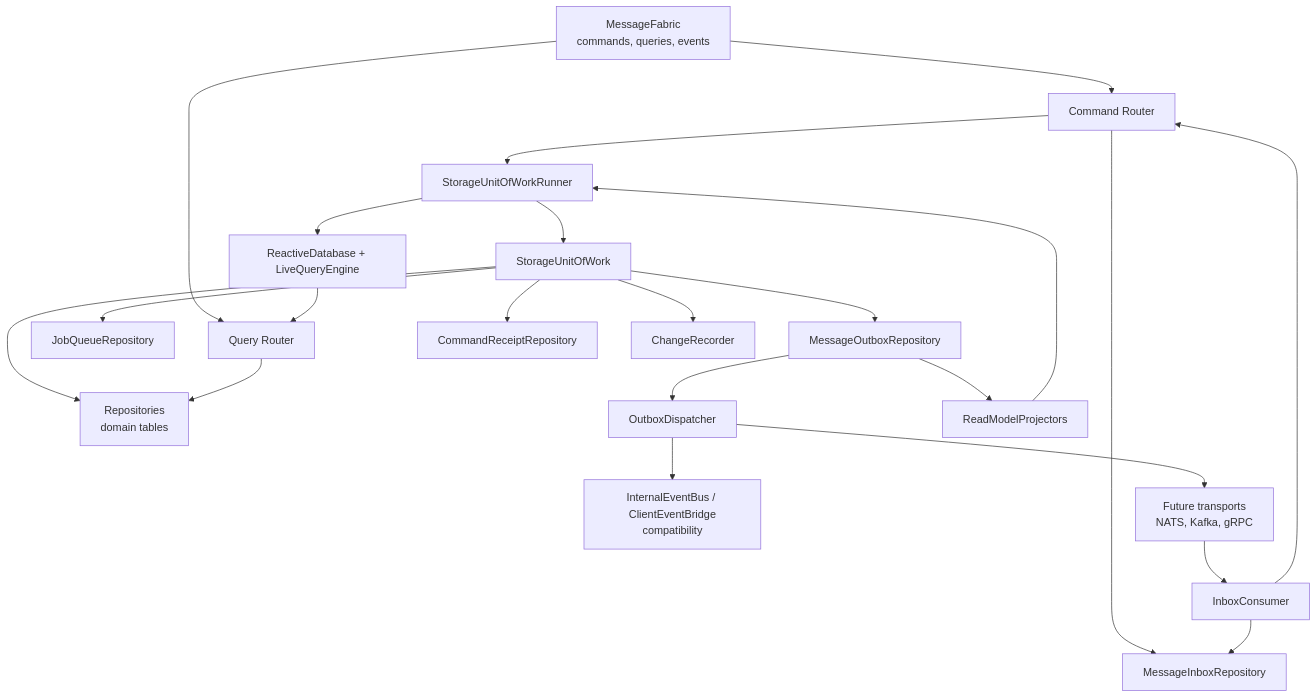
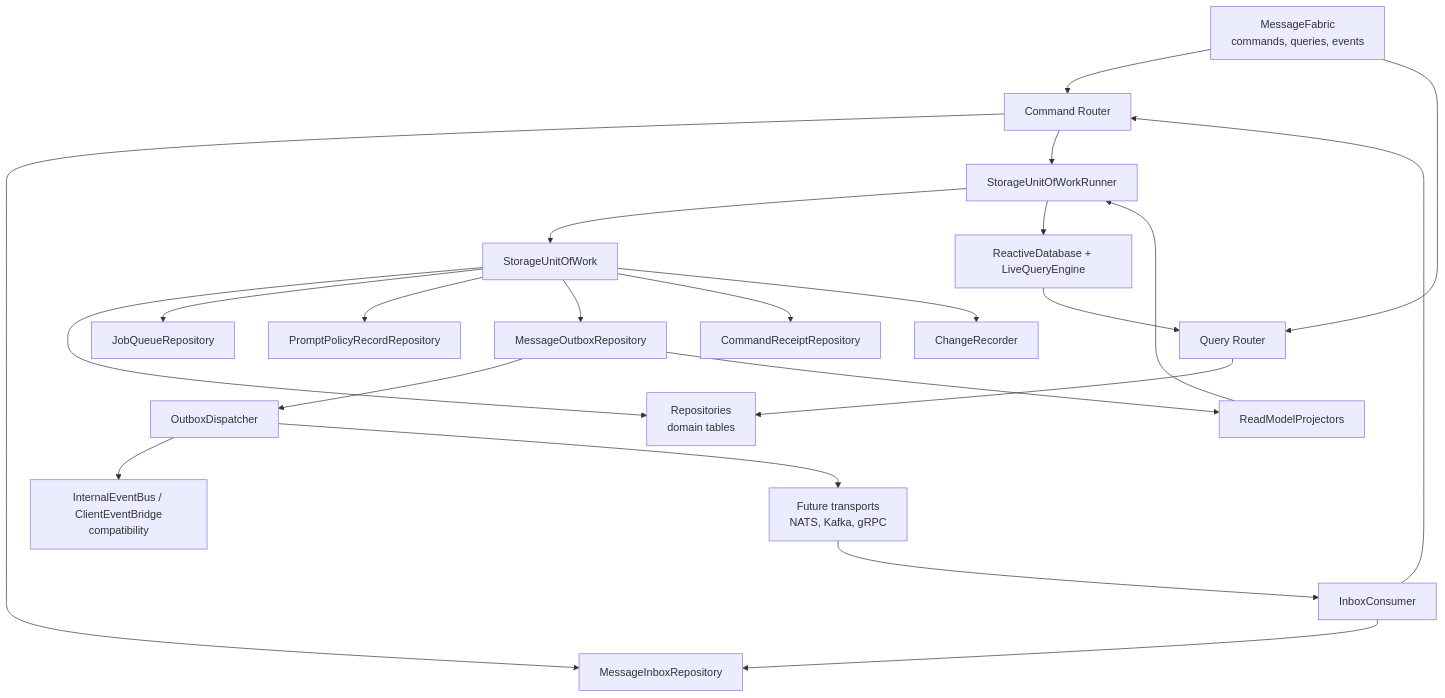
Before and after one commit to lsm/HyperNeo: the first of 4 diagrams in docs/architecture/target-architecture/storage-unit-of-work-and-outbox.md, drawn with Mermaid. The commit also changed other lines of this file and 6 other files, not shown here.

Commit message:
docs: add prompt policy to target architecture

````diff
--- a/docs/architecture/target-architecture/storage-unit-of-work-and-outbox.md
+++ b/docs/architecture/target-architecture/storage-unit-of-work-and-outbox.md
@@ -125,42 +127,44 @@
 ```mermaid
 flowchart TB
   Fabric["MessageFabric<br/>commands, queries, events"]
   CommandRouter["Command Router"]
   QueryRouter["Query Router"]
   UowRunner["StorageUnitOfWorkRunner"]
   Uow["StorageUnitOfWork"]
   Repos["Repositories<br/>domain tables"]
   Jobs["JobQueueRepository"]
+  PromptPolicy["PromptPolicyRecordRepository"]
   Outbox["MessageOutboxRepository"]
   Inbox["MessageInboxRepository"]
   Receipts["CommandReceiptRepository"]
   Changes["ChangeRecorder"]
   Dispatcher["OutboxDispatcher"]
   InboxConsumer["InboxConsumer"]
   Reactive["ReactiveDatabase + LiveQueryEngine"]
   Projectors["ReadModelProjectors"]
   InternalBridge["InternalEventBus / ClientEventBridge<br/>compatibility"]
   Broker["Future transports<br/>NATS, Kafka, gRPC"]
 
   Fabric --> CommandRouter
   Fabric --> QueryRouter
   CommandRouter --> Inbox
   CommandRouter --> UowRunner
   UowRunner --> Uow
   Uow --> Repos
   Uow --> Jobs
+  Uow --> PromptPolicy
   Uow --> Outbox
   Uow --> Receipts
   Uow --> Changes
   UowRunner --> Reactive
   Outbox --> Dispatcher
   Dispatcher --> InternalBridge
   Dispatcher --> Broker
   Broker --> InboxConsumer
   InboxConsumer --> Inbox
   InboxConsumer --> CommandRouter
   Outbox --> Projectors
   Projectors --> UowRunner
   QueryRouter --> Repos
   Reactive --> QueryRouter
 ```
````
